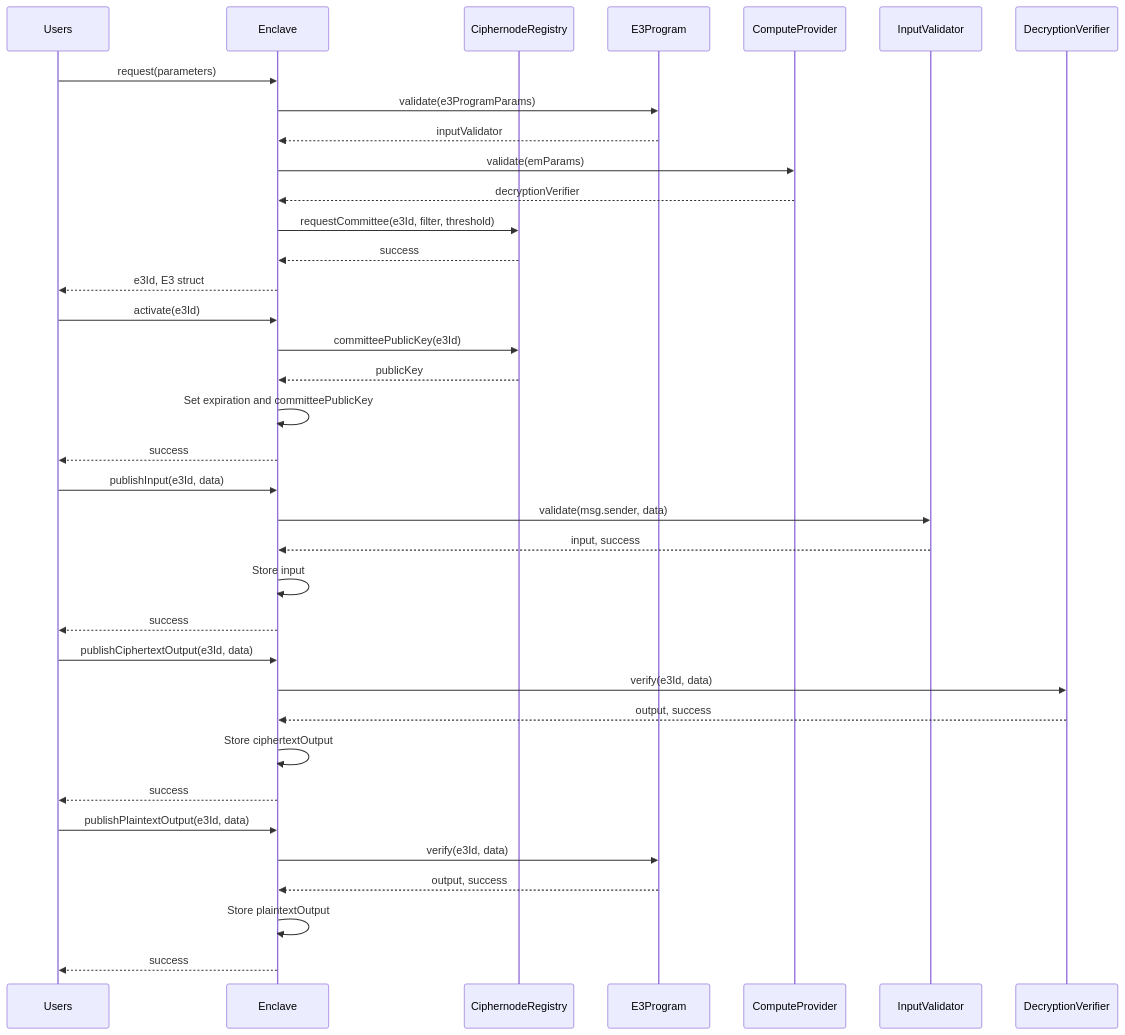
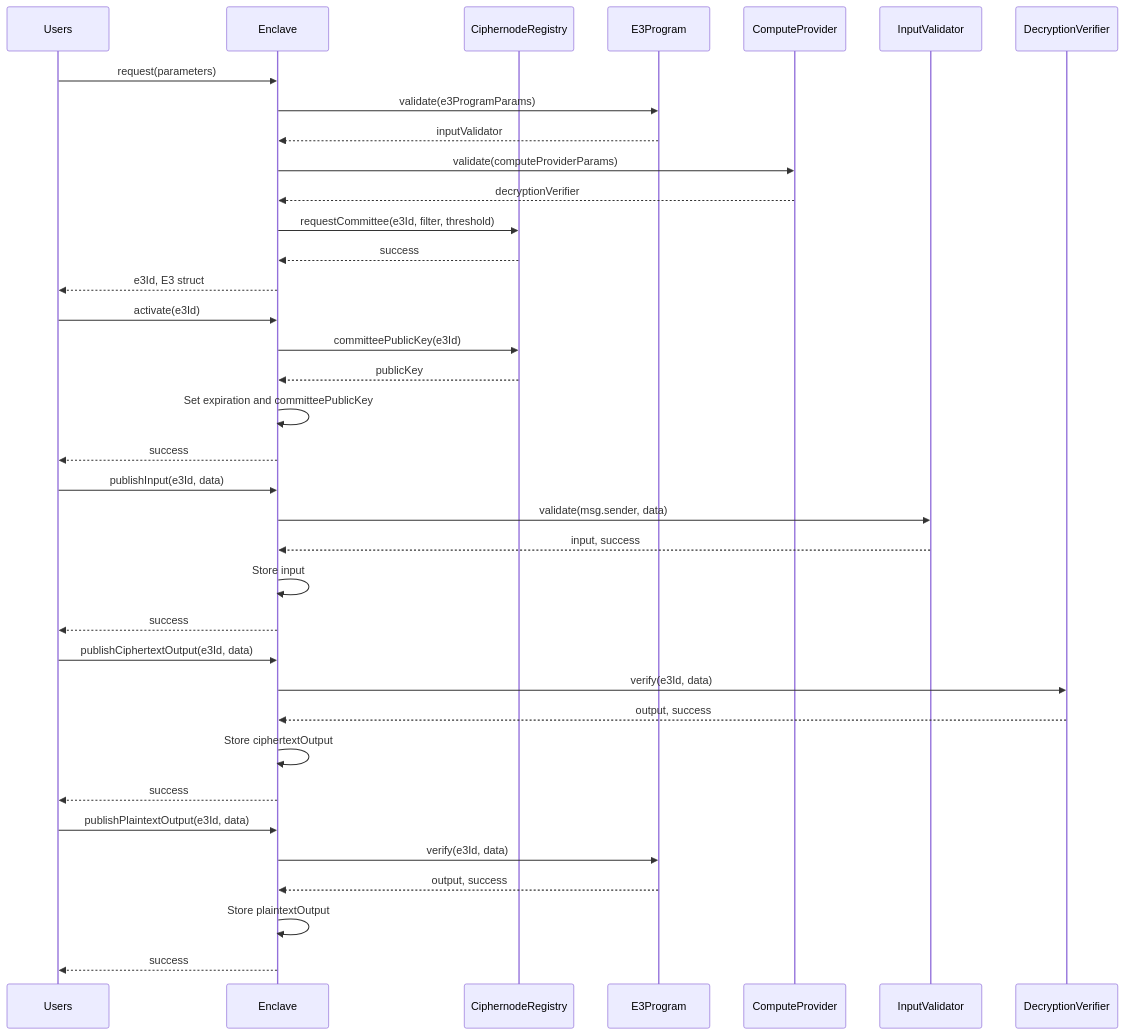
The diagram in README.md (gnosisguild/enclave), drawn with Mermaid before and after one commit. The commit also changed 7 other files, not shown here.

Commit message:
feat: add `e3Id` and `seed` to `validate()` calls to `IE3Program` and `IComputeProvider`

````diff
--- a/README.md
+++ b/README.md
@@ -18,43 +18,43 @@
 ```mermaid
 sequenceDiagram
     participant Users
     participant Enclave
     participant CiphernodeRegistry
     participant E3Program
     participant ComputeProvider
     participant InputValidator
     participant DecryptionVerifier
 
     Users->>Enclave: request(parameters)
     Enclave->>E3Program: validate(e3ProgramParams)
     E3Program-->>Enclave: inputValidator
-    Enclave->>ComputeProvider: validate(emParams)
+    Enclave->>ComputeProvider: validate(computeProviderParams)
     ComputeProvider-->>Enclave: decryptionVerifier
     Enclave->>CiphernodeRegistry: requestCommittee(e3Id, filter, threshold)
     CiphernodeRegistry-->>Enclave: success
     Enclave-->>Users: e3Id, E3 struct
 
     Users->>Enclave: activate(e3Id)
     Enclave->>CiphernodeRegistry: committeePublicKey(e3Id)
     CiphernodeRegistry-->>Enclave: publicKey
     Enclave->>Enclave: Set expiration and committeePublicKey
     Enclave-->>Users: success
 
     Users->>Enclave: publishInput(e3Id, data)
     Enclave->>InputValidator: validate(msg.sender, data)
     InputValidator-->>Enclave: input, success
     Enclave->>Enclave: Store input
     Enclave-->>Users: success
 
     Users->>Enclave: publishCiphertextOutput(e3Id, data)
     Enclave->>DecryptionVerifier: verify(e3Id, data)
     DecryptionVerifier-->>Enclave: output, success
     Enclave->>Enclave: Store ciphertextOutput
     Enclave-->>Users: success
 
     Users->>Enclave: publishPlaintextOutput(e3Id, data)
     Enclave->>E3Program: verify(e3Id, data)
     E3Program-->>Enclave: output, success
     Enclave->>Enclave: Store plaintextOutput
     Enclave-->>Users: success
 ```
````
